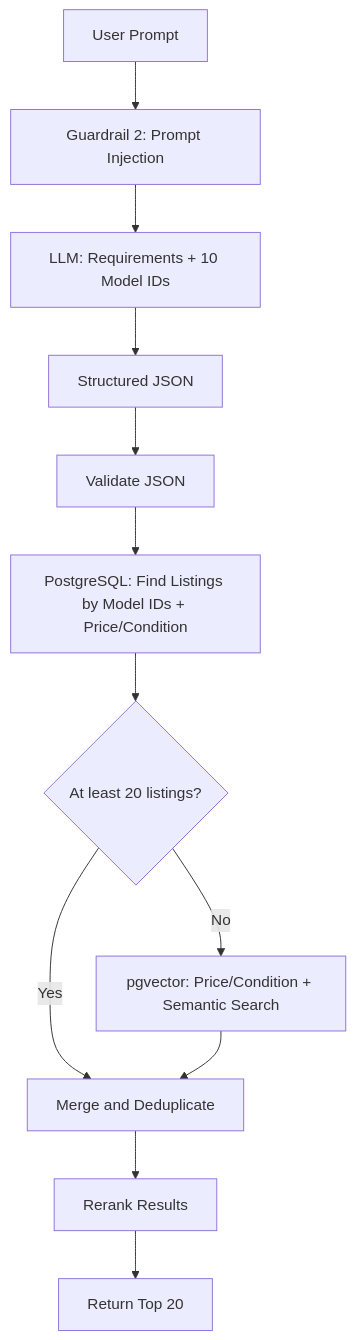
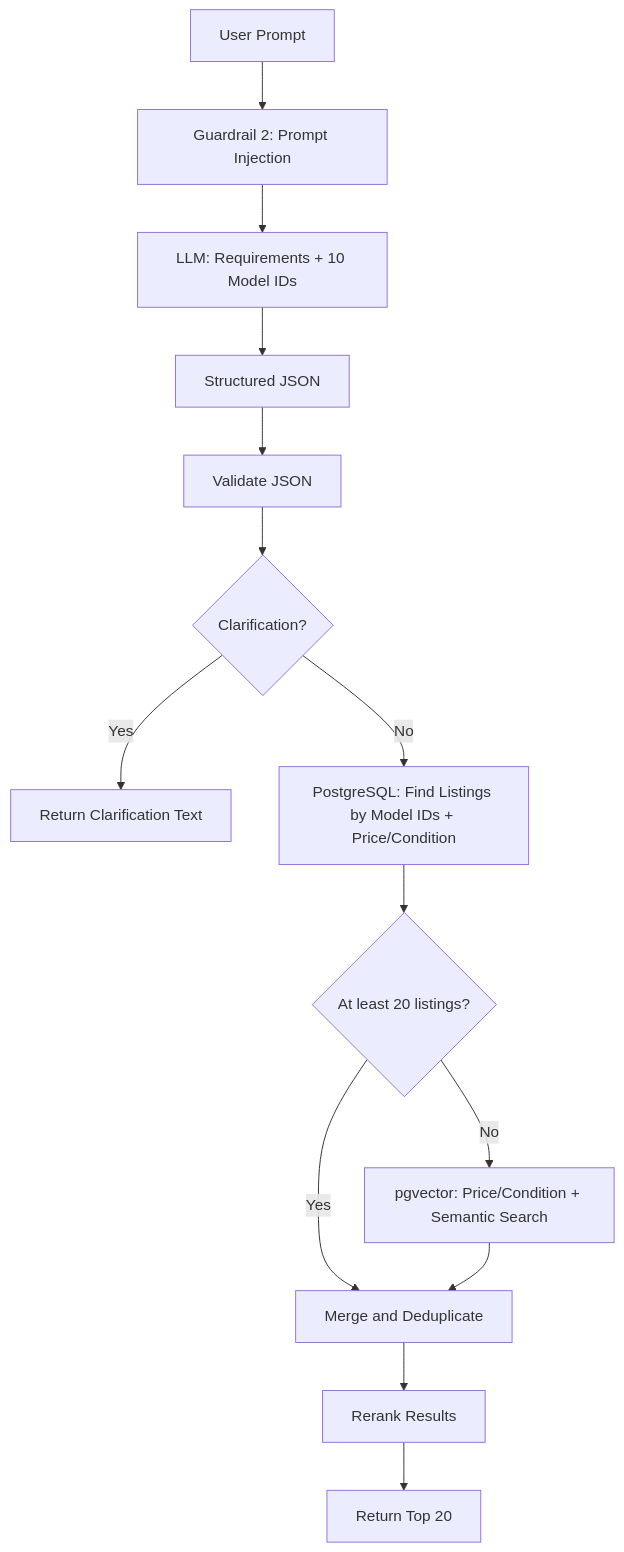
The diagram in docs/ai/RAG.md (nickorsk2017/ai-used-phone-marketplace), drawn with Mermaid before and after one commit. The commit also changed other lines of this file and 107 other files, not shown here.

````diff
--- a/docs/ai/RAG.md
+++ b/docs/ai/RAG.md
@@ -15,14 +16,16 @@
 ```mermaid
 flowchart TD
     A[User Prompt] --> B[Guardrail 2: Prompt Injection]
     B --> C[LLM: Requirements + 10 Model IDs]
     C --> D[Structured JSON]
     D --> E[Validate JSON]
-    E --> F[PostgreSQL: Find Listings by Model IDs + Price/Condition]
+    E --> Q{Clarification?}
+    Q -- Yes --> R[Return Clarification Text]
+    Q -- No --> F[PostgreSQL: Find Listings by Model IDs + Price/Condition]
     F --> H{At least 20 listings?}
     H -- Yes --> J[Merge and Deduplicate]
     H -- No --> I[pgvector: Price/Condition + Semantic Search]
     I --> J
     J --> K[Rerank Results]
     K --> L[Return Top 20]
 ```
````
